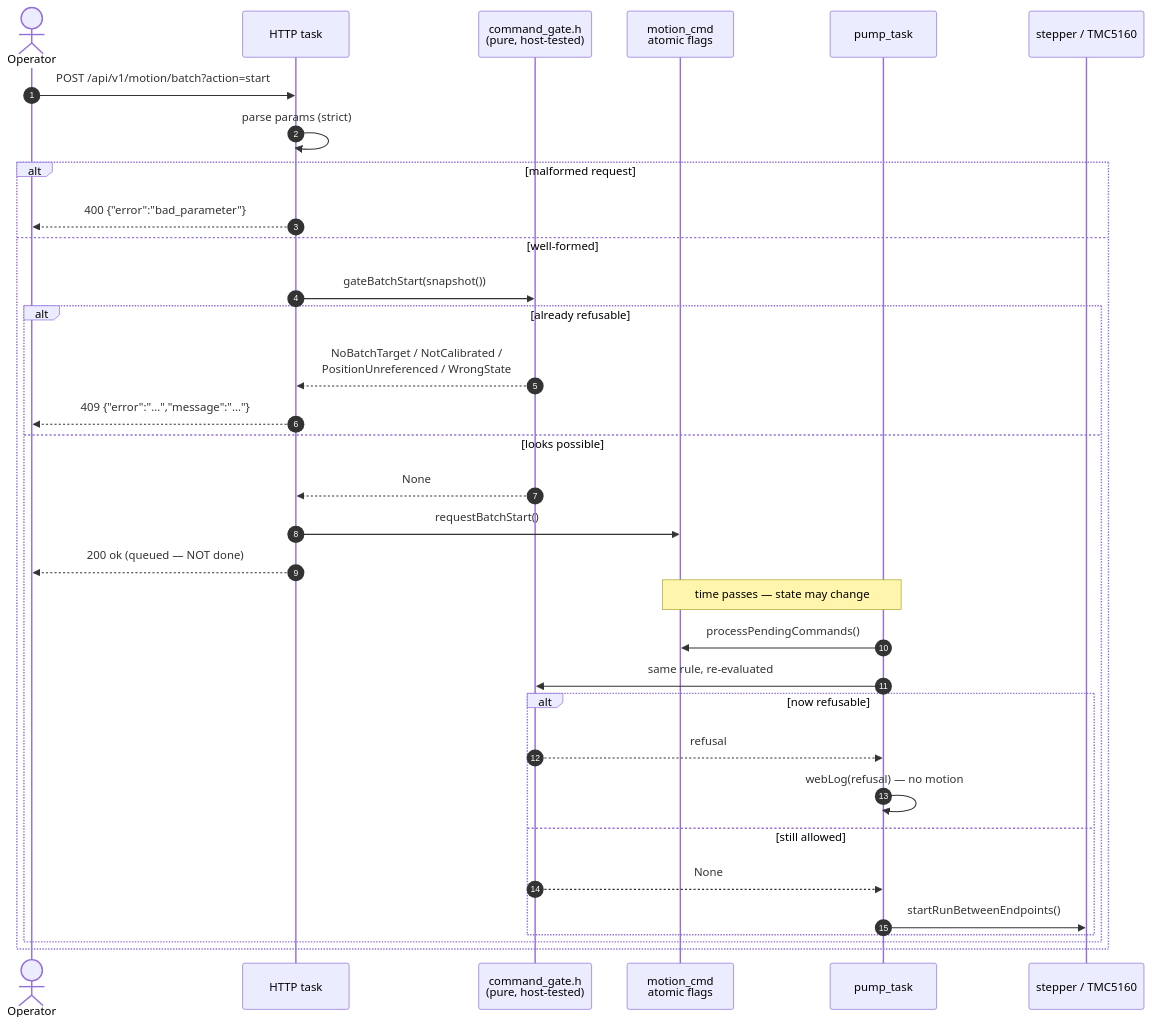
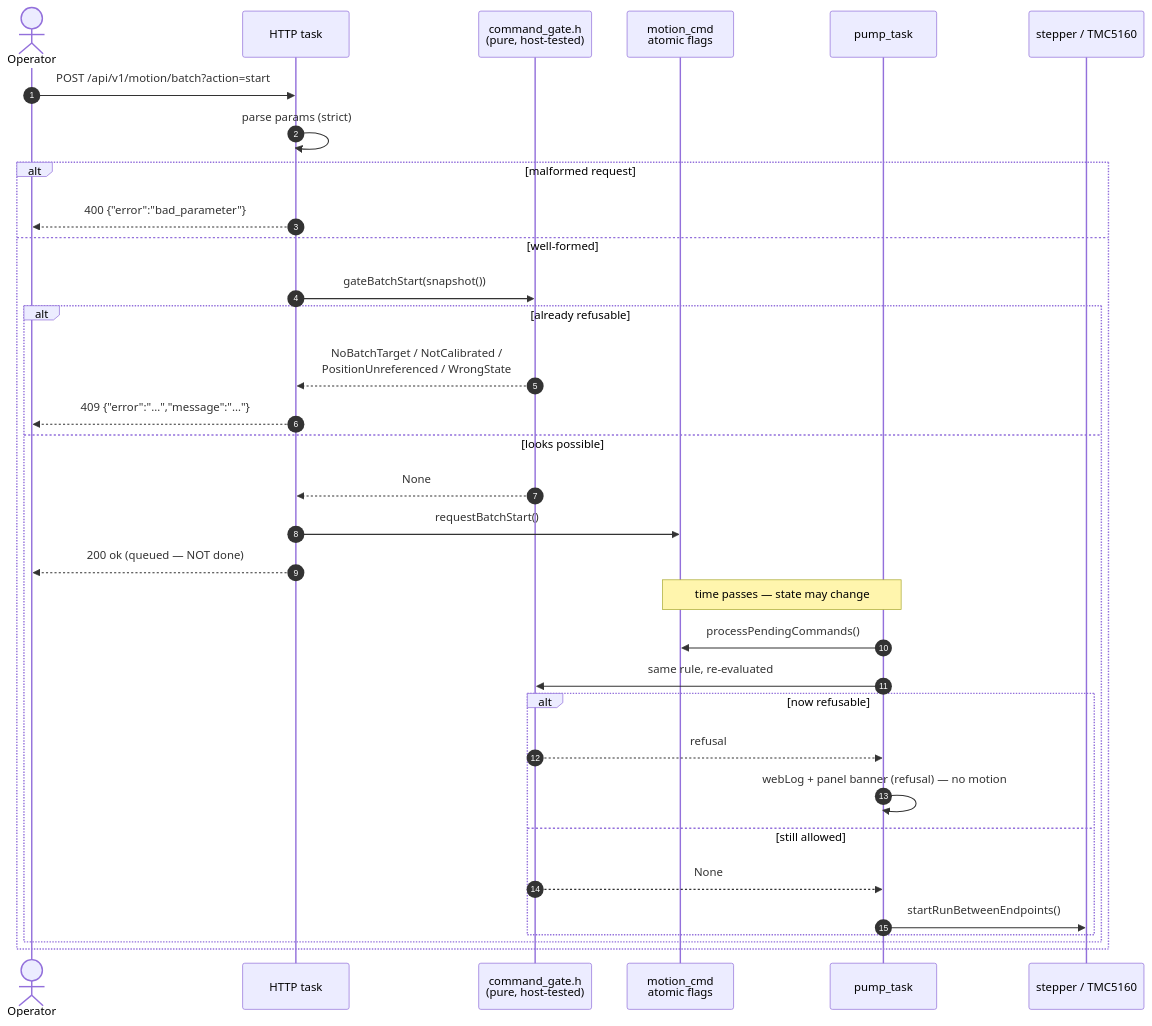
The first of 3 diagrams in docs/FLOWS.md (jimisola/AutoLee), drawn with Mermaid before and after one commit. The commit also changed other lines of this file and 8 other files, not shown here.

````diff
--- a/docs/FLOWS.md
+++ b/docs/FLOWS.md
@@ -28,36 +28,36 @@
 ```mermaid
 sequenceDiagram
     autonumber
     actor Op as Operator
     participant HTTP as HTTP task
     participant Gate as command_gate.h<br/>(pure, host-tested)
     participant Flags as motion_cmd<br/>atomic flags
     participant Pump as pump_task
     participant HW as stepper / TMC5160
 
     Op->>HTTP: POST /api/v1/motion/batch?action=start
     HTTP->>HTTP: parse params (strict)
     alt malformed request
         HTTP-->>Op: 400 {"error":"bad_parameter"}
     else well-formed
         HTTP->>Gate: gateBatchStart(snapshot())
         alt already refusable
             Gate-->>HTTP: NoBatchTarget / NotCalibrated /<br/>PositionUnreferenced / WrongState
             HTTP-->>Op: 409 {"error":"…","message":"…"}
         else looks possible
             Gate-->>HTTP: None
             HTTP->>Flags: requestBatchStart()
             HTTP-->>Op: 200 ok  (queued — NOT done)
             Note over Flags,Pump: time passes — state may change
             Pump->>Flags: processPendingCommands()
             Pump->>Gate: same rule, re-evaluated
             alt now refusable
                 Gate-->>Pump: refusal
-                Pump->>Pump: webLog(refusal) — no motion
+                Pump->>Pump: webLog + panel banner (refusal) — no motion
             else still allowed
                 Gate-->>Pump: None
                 Pump->>HW: startRunBetweenEndpoints()
             end
         end
     end
 ```
````
